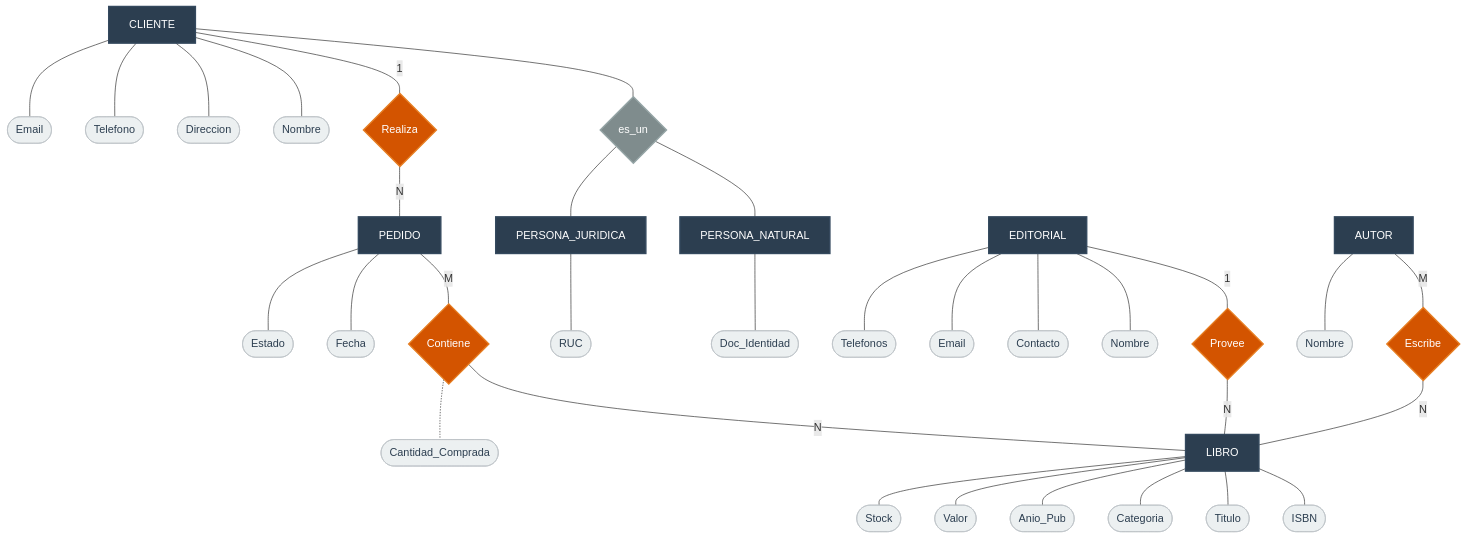
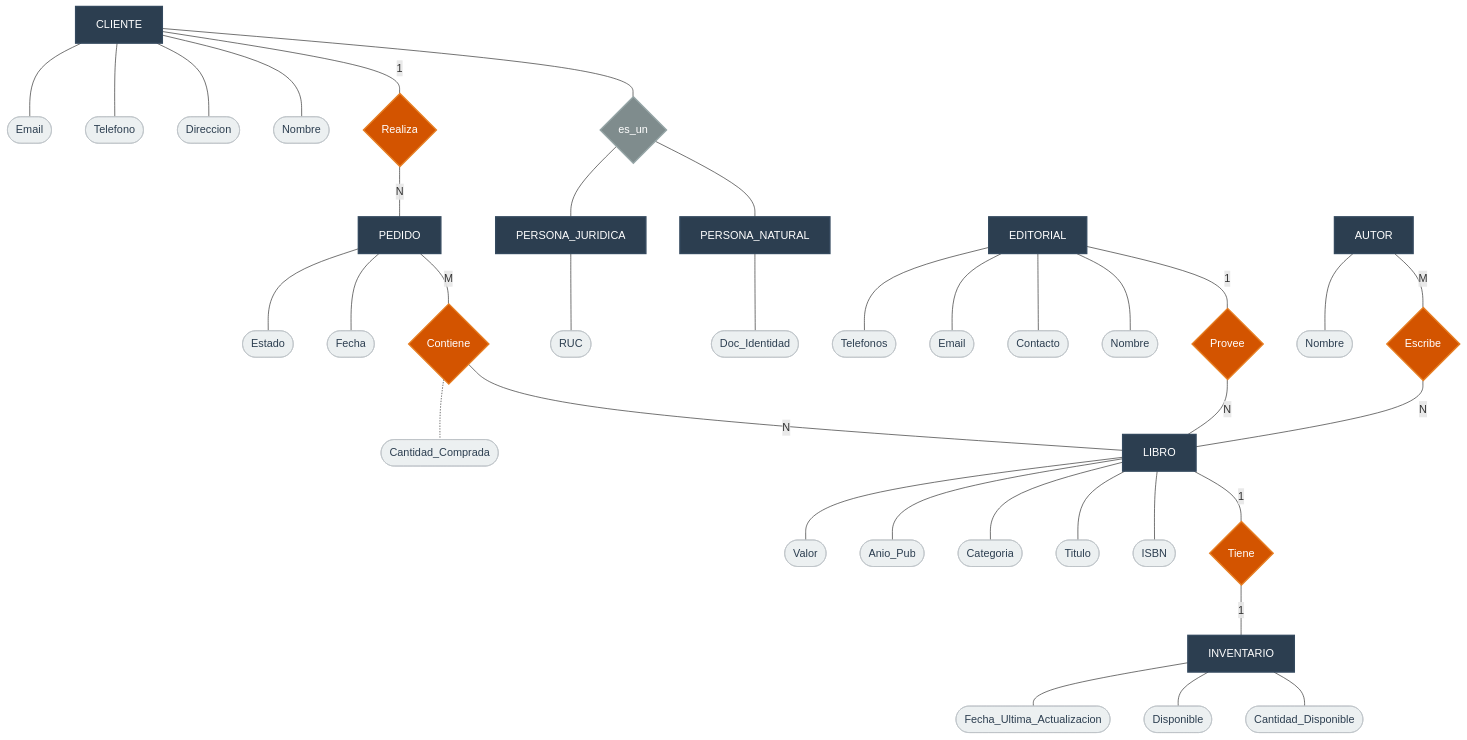
Before and after one commit to ShoveX1/Dise-o-Conceptual-DB: the first of 2 diagrams in README.md, drawn with Mermaid. The commit also changed other lines of this file, not shown here.

Commit message:
fix: miss the entity inventario : solved

````diff
--- a/README.md
+++ b/README.md
@@ -10,71 +10,78 @@
 ```mermaid
 flowchart TD
     %% Estilos para simular Notación de Chen
     classDef entidad fill:#2c3e50,stroke:#34495e,stroke-width:2px,color:#fff;
     classDef relacion fill:#d35400,stroke:#e67e22,stroke-width:2px,color:#fff;
     classDef atributo fill:#ecf0f1,stroke:#bdc3c7,stroke-width:1px,color:#2c3e50;
     classDef pk fill:#27ae60,stroke:#2ecc71,stroke-width:2px,color:#fff;
     classDef herencia fill:#7f8c8d,stroke:#95a5a6,stroke-width:2px,color:#fff;
 
     %% 1. ENTIDADES (Rectángulos)
     CLI[CLIENTE]:::entidad
     PN[PERSONA_NATURAL]:::entidad
     PJ[PERSONA_JURIDICA]:::entidad
     PED[PEDIDO]:::entidad
     LIB[LIBRO]:::entidad
+    INV[INVENTARIO]:::entidad
     EDI[EDITORIAL]:::entidad
     AUT[AUTOR]:::entidad
 
     %% 2. RELACIONES (Rombos)
     HER{es_un}:::herencia
     REA{Realiza}:::relacion
     CON{Contiene}:::relacion
     PRO{Provee}:::relacion
     ESC{Escribe}:::relacion
+    TIE{Tiene}:::relacion
 
     %% 3. CONEXIONES Y CARDINALIDADES
     CLI --- HER
     HER --- PN
     HER --- PJ
 
     CLI ---|"1"| REA ---|"N"| PED
     PED ---|"M"| CON ---|"N"| LIB
+    LIB ---|"1"| TIE ---|"1"| INV
     EDI ---|"1"| PRO ---|"N"| LIB
     AUT ---|"M"| ESC ---|"N"| LIB
 
     %% 4. ATRIBUTOS (Óvalos)
     
     %% Atributos Cliente
     CLI --- A_CLI_N([Nombre]):::atributo
     CLI --- A_CLI_D([Direccion]):::atributo
     CLI --- A_CLI_T([Telefono]):::atributo
     CLI --- A_CLI_E([Email]):::atributo
 
     %% Atributos Subclases
     PN --- A_PN_D([Doc_Identidad]):::atributo
     PJ --- A_PJ_R([RUC]):::atributo
 
     %% Atributos Pedido
     PED --- A_PED_F([Fecha]):::atributo
     PED --- A_PED_E([Estado]):::atributo
 
     %% ATRIBUTO EN LA RELACIÓN (¡Puro nivel conceptual!)
     CON -.- A_CON_C([Cantidad_Comprada]):::atributo
 
     %% Atributos Libro
     LIB --- A_LIB_ID([ISBN]):::atributo
     LIB --- A_LIB_T([Titulo]):::atributo
     LIB --- A_LIB_C([Categoria]):::atributo
     LIB --- A_LIB_A([Anio_Pub]):::atributo
     LIB --- A_LIB_V([Valor]):::atributo
-    LIB --- A_LIB_S([Stock]):::atributo
+
+    %% Atributos Inventario
+    INV --- A_INV_C([Cantidad_Disponible]):::atributo
+    INV --- A_INV_D([Disponible]):::atributo
+    INV --- A_INV_F([Fecha_Ultima_Actualizacion]):::atributo
 
     %% Atributos Editorial
     EDI --- A_EDI_N([Nombre]):::atributo
     EDI --- A_EDI_C([Contacto]):::atributo
     EDI --- A_EDI_E([Email]):::atributo
     EDI --- A_EDI_T([Telefonos]):::atributo
 
     %% Atributos Autor
     AUT --- A_AUT_N([Nombre]):::atributo
 ```
````
